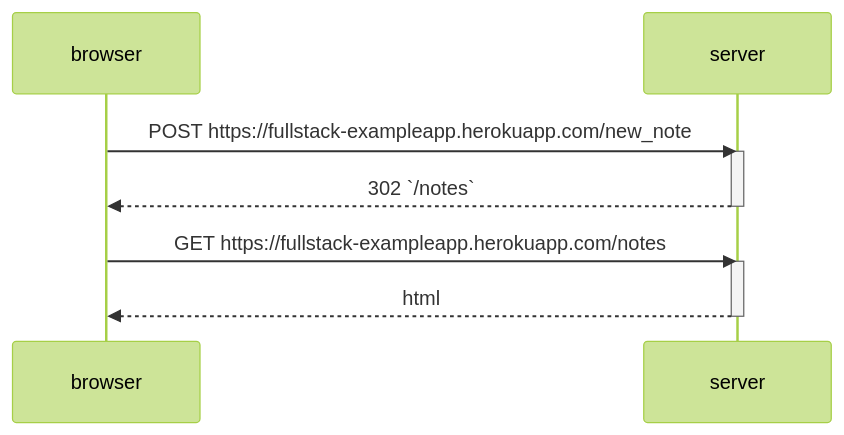
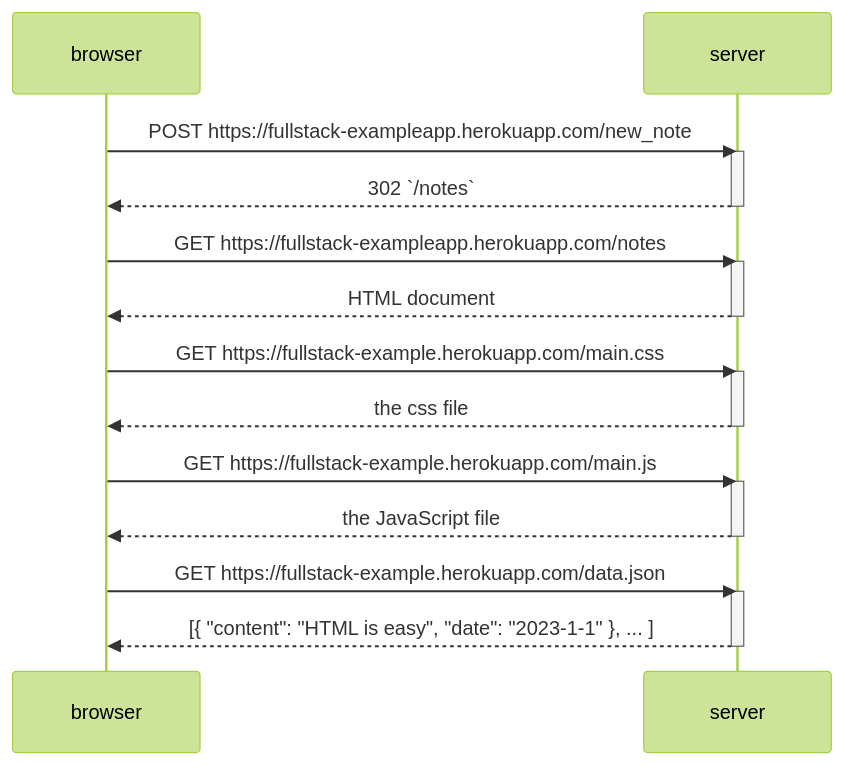
The diagram in newNote.md (adiah-fullstack-open/part0), drawn with Mermaid (forest theme) before and after one commit.

Commit message:
Add second get request

````diff
--- a/newNote.md
+++ b/newNote.md
@@ -9,15 +9,30 @@
 ```mermaid
 sequenceDiagram
 	participant browser
 	participant server
 
 	browser->>server: POST https://fullstack-exampleapp.herokuapp.com/new_note
 	activate server
 	server-->>browser: 302 `/notes`
 	deactivate server
 
 	browser->>server: GET https://fullstack-exampleapp.herokuapp.com/notes
-	activate server
-	server-->>browser: html
-	deactivate server
+    activate server
+    server-->>browser: HTML document
+    deactivate server
+
+    browser->>server: GET https://fullstack-example.herokuapp.com/main.css
+    activate server
+    server-->>browser: the css file
+    deactivate server
+
+    browser->>server: GET https://fullstack-example.herokuapp.com/main.js
+    activate server
+    server-->>browser: the JavaScript file
+    deactivate server
+
+    browser->>server: GET https://fullstack-example.herokuapp.com/data.json
+    activate server
+    server-->>browser: [{ "content": "HTML is easy", "date": "2023-1-1" }, ... ]
+    deactivate server
 ```
````
